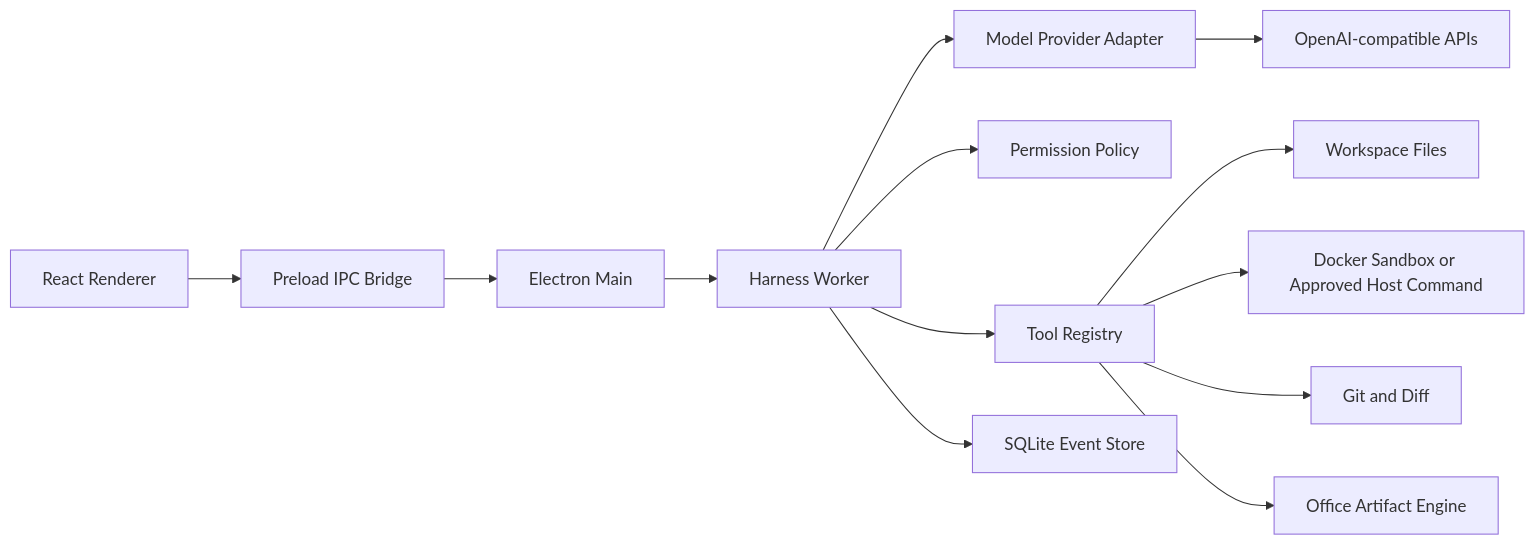
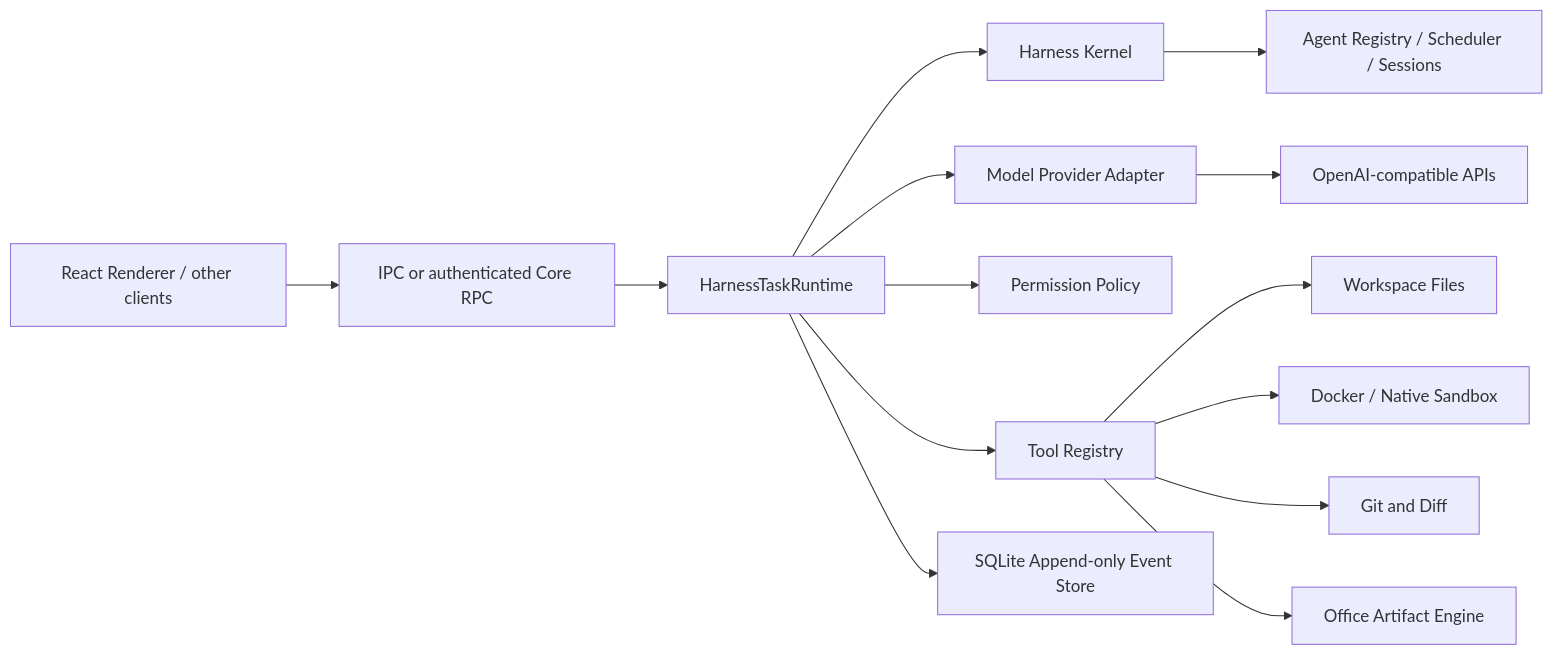
Before and after one commit to CaptainLand/AporiaX: the diagram in docs/HARNESS_ROADMAP.md, drawn with Mermaid. The commit also changed other lines of this file, not shown here.

Commit message:
docs(roadmap): mark event store and runtime boundary complete

````diff
--- a/docs/HARNESS_ROADMAP.md
+++ b/docs/HARNESS_ROADMAP.md
@@ -38,15 +45,16 @@
 ```mermaid
 flowchart LR
-  UI[React Renderer] --> Bridge[Preload IPC Bridge]
-  Bridge --> Desktop[Electron Main]
-  Desktop --> Harness[Harness Worker]
-  Harness --> Provider[Model Provider Adapter]
+  UI[React Renderer / other clients] --> RPC[IPC or authenticated Core RPC]
+  RPC --> Runtime[HarnessTaskRuntime]
+  Runtime --> Kernel[Harness Kernel]
+  Kernel --> Agents[Agent Registry / Scheduler / Sessions]
+  Runtime --> Provider[Model Provider Adapter]
   Provider --> API[OpenAI-compatible APIs]
-  Harness --> Policy[Permission Policy]
-  Harness --> Tools[Tool Registry]
+  Runtime --> Policy[Permission Policy]
+  Runtime --> Tools[Tool Registry]
   Tools --> FS[Workspace Files]
-  Tools --> Shell[Docker Sandbox or Approved Host Command]
+  Tools --> Shell[Docker / Native Sandbox]
   Tools --> Git[Git and Diff]
   Tools --> Office[Office Artifact Engine]
-  Harness --> Store[SQLite Event Store]
+  Runtime --> Store[SQLite Append-only Event Store]
 ```
````
